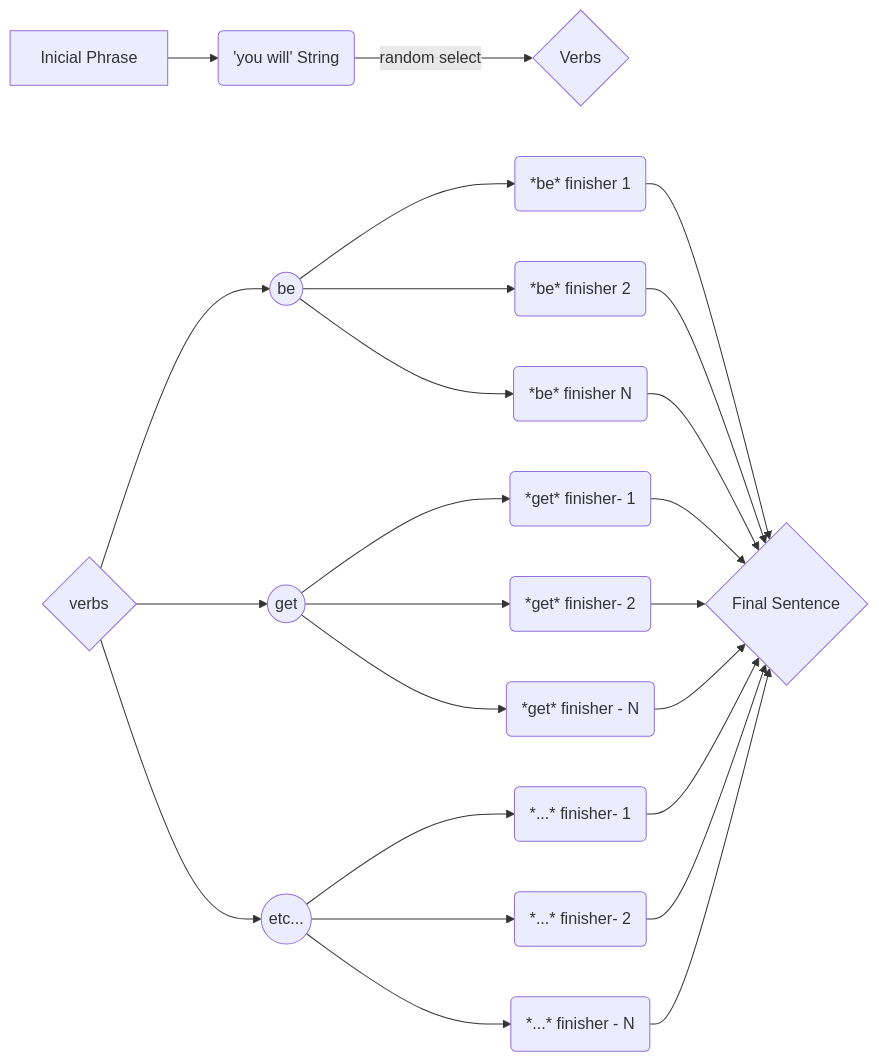
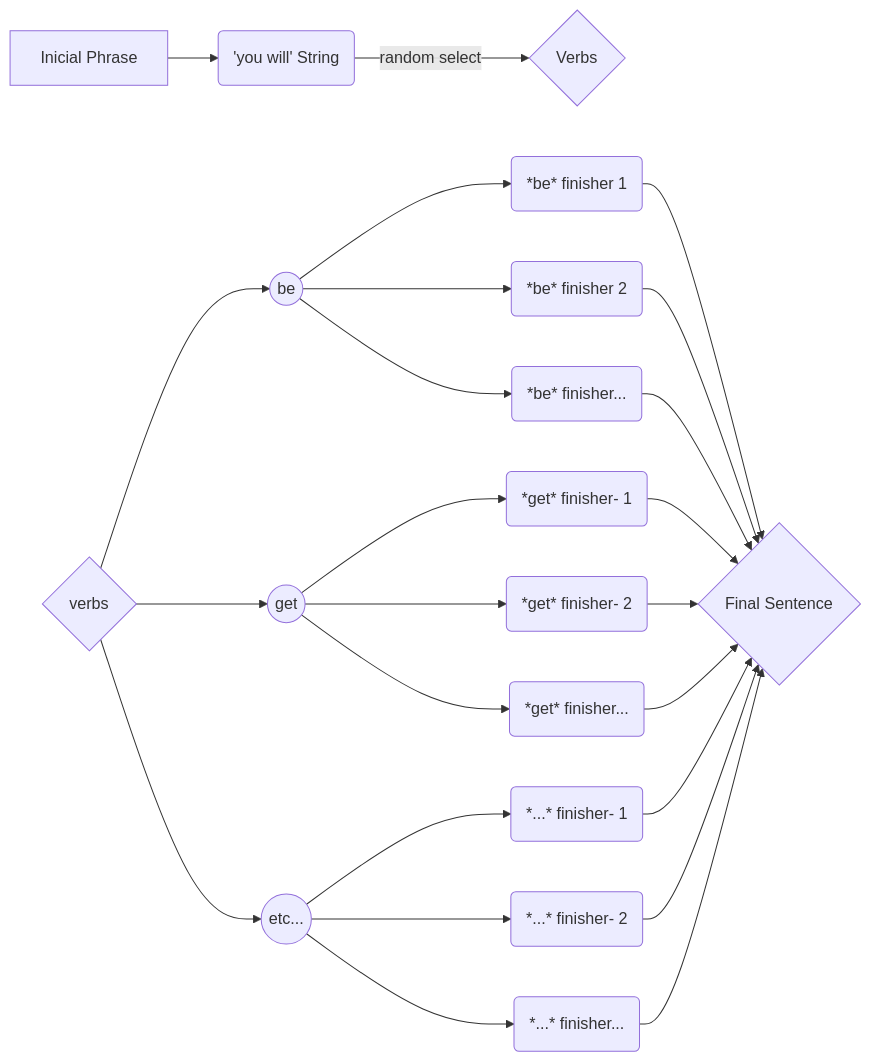
Before and after one commit to ribeiroAllison/mixed-messages: the diagram in README.md, drawn with Mermaid. The commit also changed other lines of this file, not shown here.

````diff
--- a/README.md
+++ b/README.md
@@ -42,39 +42,39 @@
 ```mermaid
 
 graph LR
 
 A[Inicial Phrase] --> B('you will' String) -- random select -->C{Verbs} 
 
 D{verbs} --> E((be))
 
 D --> F((get))
 
 
 
 D --> H((etc...))
 
 
 
 E --> I(*be* finisher 1) -->U{Final Sentence}
 
 E --> J(*be* finisher 2) -->U{Final Sentence}
 
-E --> K(*be* finisher N) -->U{Final Sentence}
+E --> K(*be* finisher...) -->U{Final Sentence}
 
 F --> L(*get* finisher- 1) -->U{Final Sentence}
 
 F --> M(*get* finisher- 2) -->U{Final Sentence}
 
-F --> N(*get* finisher - N) -->U{Final Sentence}
+F --> N(*get* finisher...) -->U{Final Sentence}
 
 H --> R(*...* finisher- 1) -->U{Final Sentence}
 
 H --> S(*...* finisher- 2) -->U{Final Sentence}
 
-H --> T(*...* finisher - N) -->U{Final Sentence}
+H --> T(*...* finisher...) -->U{Final Sentence}
 
 
 
 
 
 ```
````
